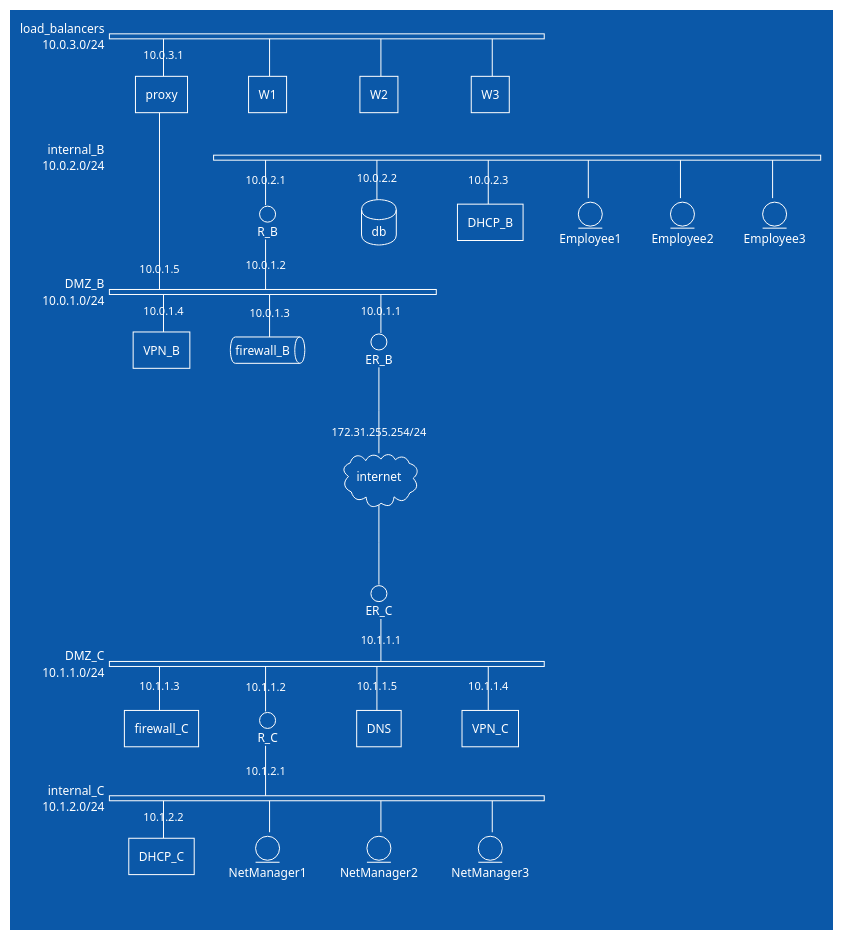
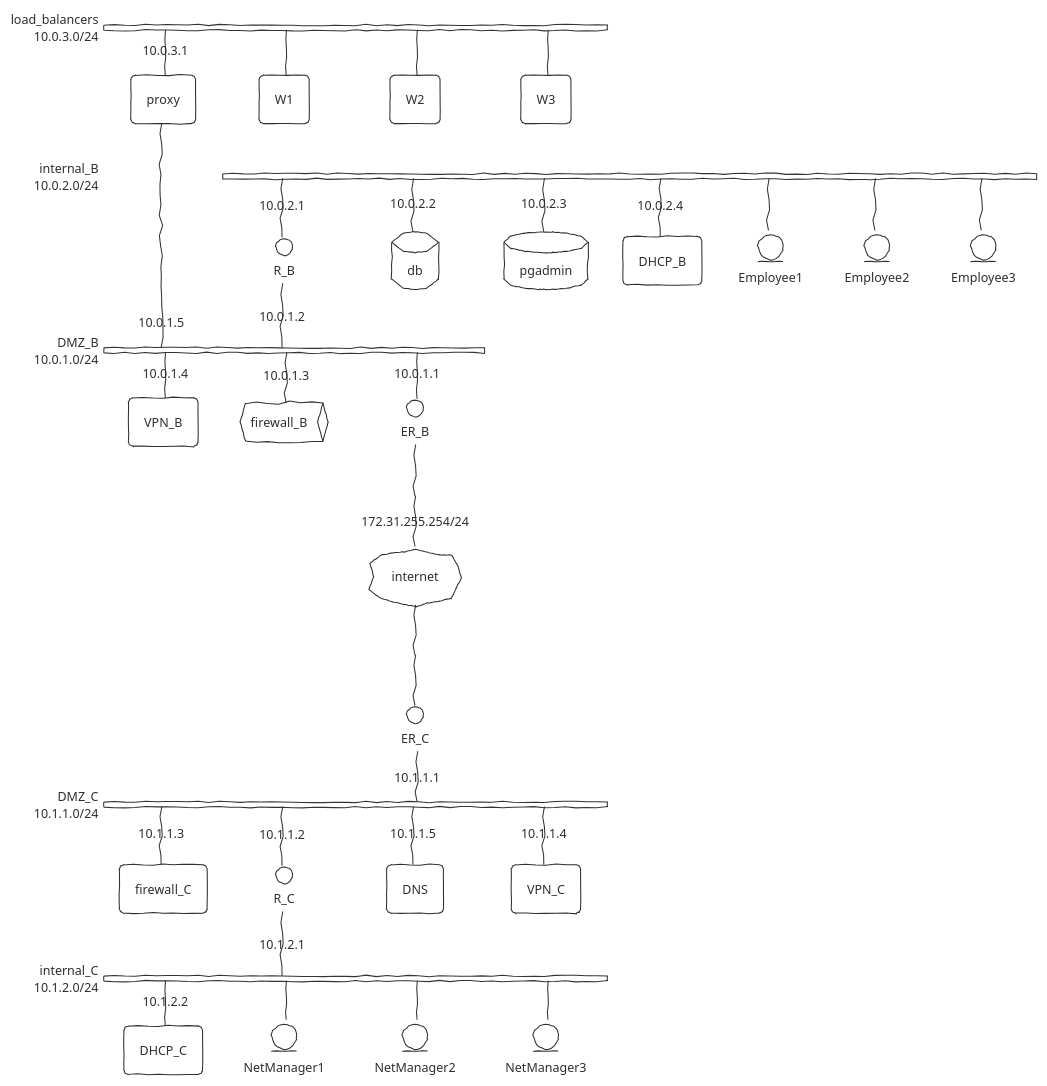
Before and after one commit to joaolucasmartins/grs2022: the diagram in proj/docs/grs.puml, drawn with PlantUML. The commit also changed 1 other file, not shown here.

Commit message:
Add: pg admin to diagrams

```diff
--- a/proj/docs/grs.puml
+++ b/proj/docs/grs.puml
@@ -1,53 +1,56 @@
 @startuml
-!theme amiga
+
+!theme sketchy-outline
+
 nwdiag {
   network load_balancers {
     address = "10.0.3.0/24";
     proxy[address = "10.0.3.1"];
     W1;
     W2;
     W3;
   }
   network internal_B {
     address = "10.0.2.0/24";
     R_B [shape = interface, address="10.0.2.1"]
     db [shape = database, address = "10.0.2.2"];
-    DHCP_B [shape = rectangle, address = "10.0.2.3"];
+    pgadmin [shape = database, address = "10.0.2.3"];
+    DHCP_B [shape = rectangle, address = "10.0.2.4"];
     Employee1 [shape = entity]
     Employee2 [shape = entity]
     Employee3 [shape = entity]
   }
 
   network DMZ_B {
     address = "10.0.1.0/24";
     proxy [shape = rectangle, address="10.0.1.5"];
     VPN_B [shape = rectangle, address="10.0.1.4"]
     firewall_B [shape = queue, address="10.0.1.3"];
     ER_B [shape = interface, address="10.0.1.1"];
     R_B [shape = interface, address="10.0.1.2"];
   }
 
   ER_B [shape = interface];
   ER_B -- internet;
   internet [shape = cloud, address=172.31.255.254/24];
   internet -- ER_C;
 
   network DMZ_C {
     address = "10.1.1.0/24";
     ER_C [shape = interface, address="10.1.1.1"]
     firewall_C [shape = queu, address="10.1.1.3"]
     R_C [shape = interfac, address="10.1.1.2"]
     DNS [shape = rectangl, address="10.1.1.5"]
     VPN_C [shape = rectangl, address="10.1.1.4"]
   }
 
   network internal_C {
     address = "10.1.2.0/24";
     R_C [shape = interface, address="10.1.2.1"]
     DHCP_C [shape = rectangle, address="10.1.2.2"];
     NetManager1 [shape = entity]
     NetManager2 [shape = entity]
     NetManager3 [shape = entity]
   }
 }
 @enduml
```
